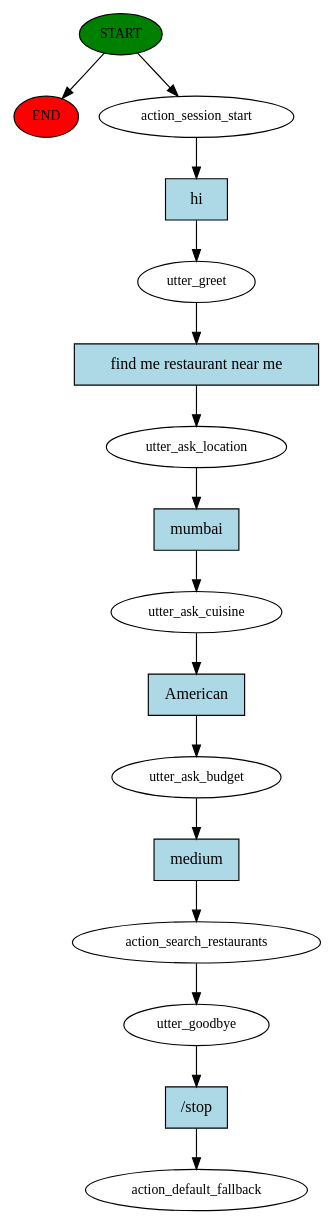
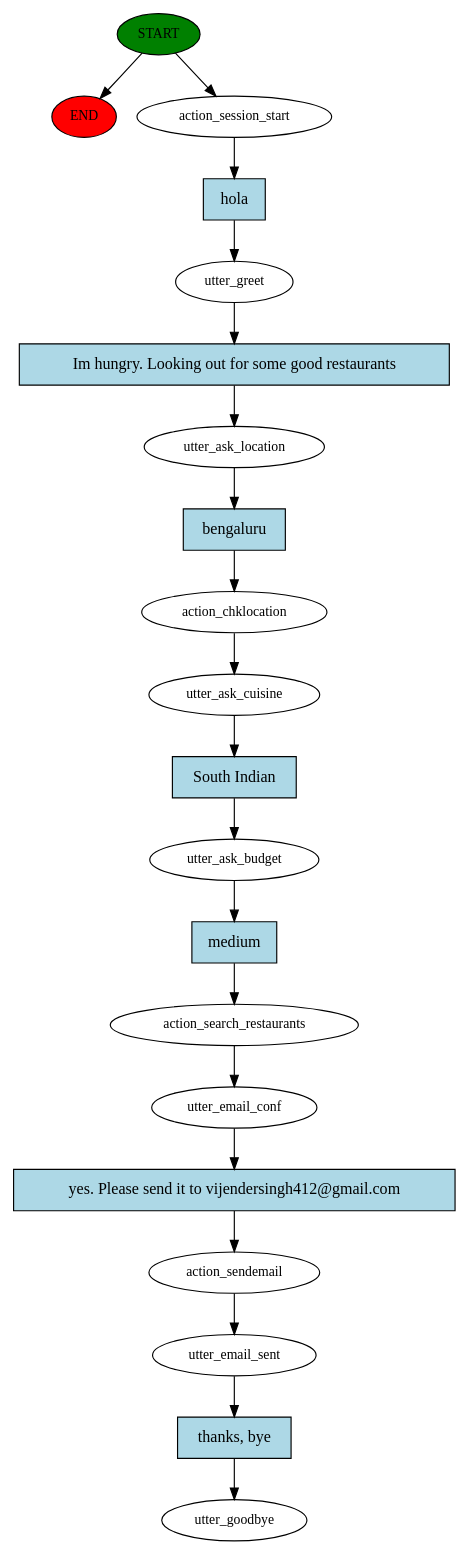
The diagram in story_graph.dot (vijender412/Foodie_rasa_2.0), drawn with Graphviz before and after one commit. The commit also changed 21 other files, not shown here.

```diff
--- a/story_graph.dot
+++ b/story_graph.dot
@@ -1,33 +1,41 @@
 digraph  {
 0 [class="start active", fillcolor=green, fontsize=12, label=START, style=filled];
 "-1" [class=end, fillcolor=red, fontsize=12, label=END, style=filled];
 1 [class=active, fontsize=12, label=action_session_start];
 2 [class=active, fontsize=12, label=utter_greet];
 3 [class=active, fontsize=12, label=utter_ask_location];
-4 [class=active, fontsize=12, label=utter_ask_cuisine];
-5 [class=active, fontsize=12, label=utter_ask_budget];
-6 [class=active, fontsize=12, label=action_search_restaurants];
-7 [class=active, fontsize=12, label=utter_goodbye];
-8 [class="dashed active", fontsize=12, label=action_default_fallback];
-9 [class="intent active", fillcolor=lightblue, label=hi, shape=rect, style=filled];
-10 [class="intent active", fillcolor=lightblue, label="find me restaurant near me", shape=rect, style=filled];
-11 [class="intent active", fillcolor=lightblue, label=mumbai, shape=rect, style=filled];
-12 [class="intent active", fillcolor=lightblue, label=American, shape=rect, style=filled];
-13 [class="intent active", fillcolor=lightblue, label=medium, shape=rect, style=filled];
-14 [class="intent active", fillcolor=lightblue, label="/stop", shape=rect, style=filled];
+4 [class=active, fontsize=12, label=action_chklocation];
+5 [class=active, fontsize=12, label=utter_ask_cuisine];
+6 [class=active, fontsize=12, label=utter_ask_budget];
+7 [class=active, fontsize=12, label=action_search_restaurants];
+8 [class=active, fontsize=12, label=utter_email_conf];
+9 [class=active, fontsize=12, label=action_sendemail];
+10 [class=active, fontsize=12, label=utter_email_sent];
+11 [class="dashed active", fontsize=12, label=utter_goodbye];
+12 [class="intent active", fillcolor=lightblue, label=hola, shape=rect, style=filled];
+13 [class="intent active", fillcolor=lightblue, label="Im hungry. Looking out for some good restaurants", shape=rect, style=filled];
+14 [class="intent active", fillcolor=lightblue, label=bengaluru, shape=rect, style=filled];
+15 [class="intent active", fillcolor=lightblue, label="South Indian", shape=rect, style=filled];
+16 [class="intent active", fillcolor=lightblue, label=medium, shape=rect, style=filled];
+17 [class="intent active", fillcolor=lightblue, label="yes. Please send it to vijendersingh412@gmail.com", shape=rect, style=filled];
+18 [class="intent active", fillcolor=lightblue, label="thanks, bye", shape=rect, style=filled];
 0 -> "-1"  [class="", key=NONE, label=""];
 0 -> 1  [class=active, key=NONE, label=""];
-1 -> 9  [class=active, key=0];
-2 -> 10  [class=active, key=0];
-3 -> 11  [class=active, key=0];
-4 -> 12  [class=active, key=0];
-5 -> 13  [class=active, key=0];
-6 -> 7  [class=active, key=NONE, label=""];
-7 -> 14  [class=active, key=0];
-9 -> 2  [class=active, key=0];
-10 -> 3  [class=active, key=0];
-11 -> 4  [class=active, key=0];
-12 -> 5  [class=active, key=0];
-13 -> 6  [class=active, key=0];
-14 -> 8  [class=active, key=0];
+1 -> 12  [class=active, key=0];
+2 -> 13  [class=active, key=0];
+3 -> 14  [class=active, key=0];
+4 -> 5  [class=active, key=NONE, label=""];
+5 -> 15  [class=active, key=0];
+6 -> 16  [class=active, key=0];
+7 -> 8  [class=active, key=NONE, label=""];
+8 -> 17  [class=active, key=0];
+9 -> 10  [class=active, key=NONE, label=""];
+10 -> 18  [class=active, key=0];
+12 -> 2  [class=active, key=0];
+13 -> 3  [class=active, key=0];
+14 -> 4  [class=active, key=0];
+15 -> 6  [class=active, key=0];
+16 -> 7  [class=active, key=0];
+17 -> 9  [class=active, key=0];
+18 -> 11  [class=active, key=0];
 }
```
